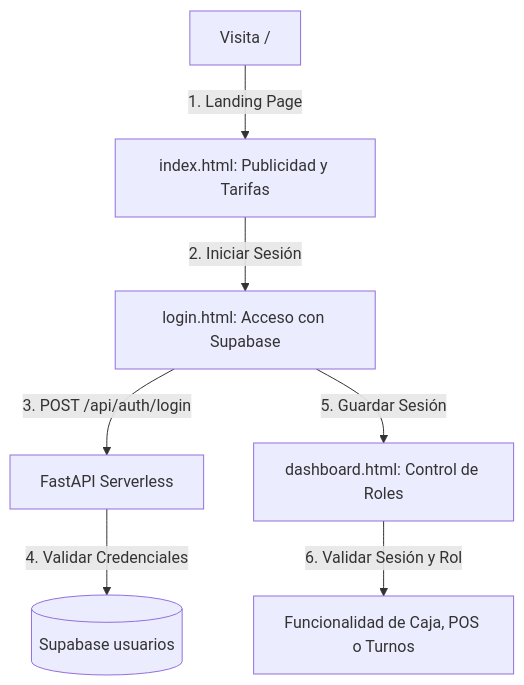
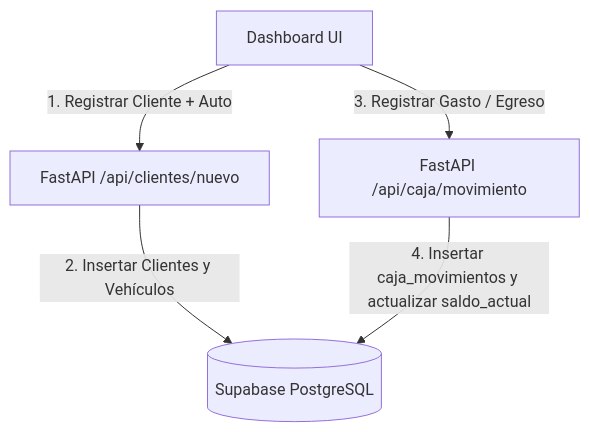
The diagram in implementation_plan.md (enzogirardi84/Lavadero-), drawn with Mermaid before and after one commit. The commit also changed other lines of this file and 1 other file, not shown here.

````diff
--- a/implementation_plan.md
+++ b/implementation_plan.md
@@ -9,9 +9,7 @@
 ```mermaid
 graph TD
-    Visit[Visita /] -->|1. Landing Page| Landing[index.html: Publicidad y Tarifas]
-    Landing -->|2. Iniciar Sesión| Login[login.html: Acceso con Supabase]
-    Login -->|3. POST /api/auth/login| FastAPI[FastAPI Serverless]
-    FastAPI -->|4. Validar Credenciales| DB[(Supabase usuarios)]
-    Login -->|5. Guardar Sesión| Dash[dashboard.html: Control de Roles]
-    Dash -->|6. Validar Sesión y Rol| Restricted[Funcionalidad de Caja, POS o Turnos]
+    Dashboard[Dashboard UI] -->|1. Registrar Cliente + Auto| APICRM[FastAPI /api/clientes/nuevo]
+    APICRM -->|2. Insertar Clientes y Vehículos| DB[(Supabase PostgreSQL)]
+    Dashboard -->|3. Registrar Gasto / Egreso| APICaja[FastAPI /api/caja/movimiento]
+    APICaja -->|4. Insertar caja_movimientos y actualizar saldo_actual| DB
 ```
````
